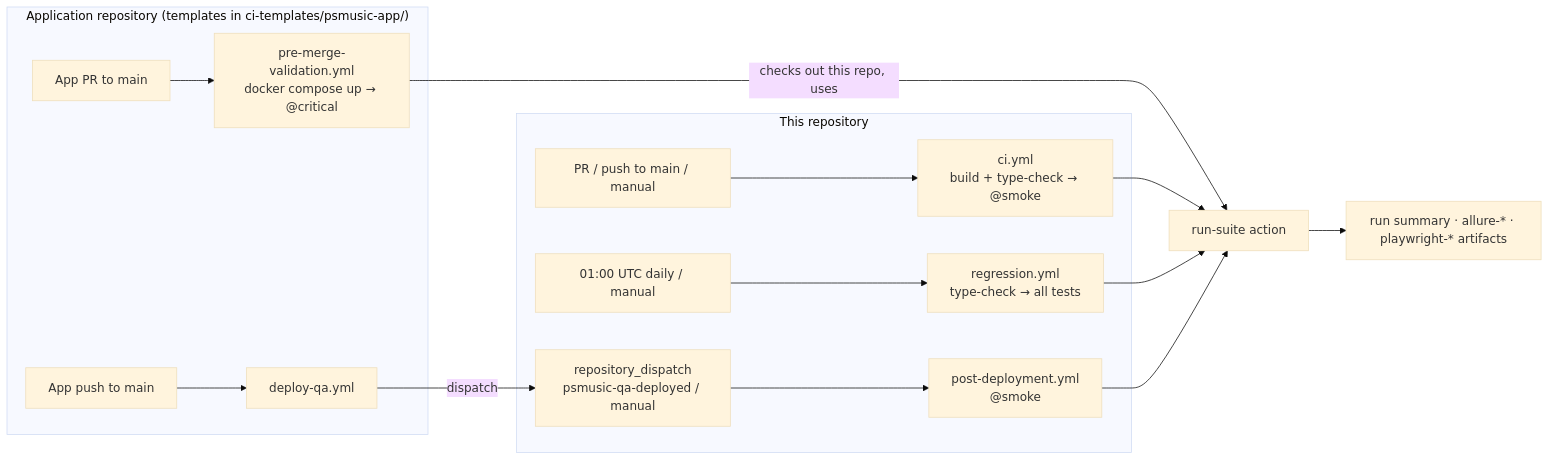
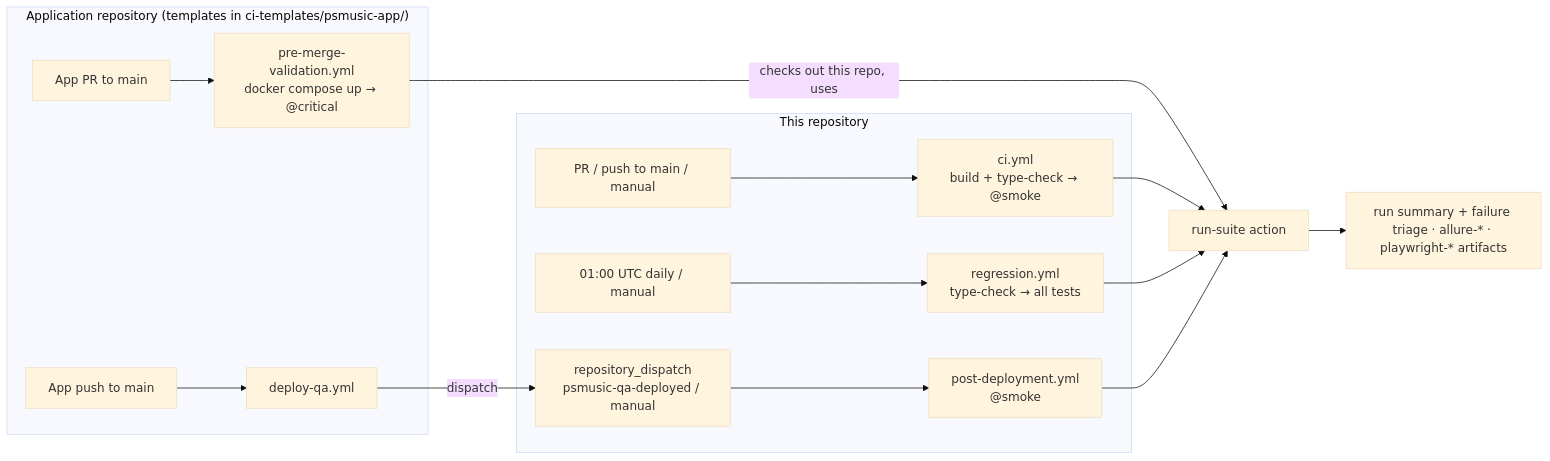
Before and after one commit to Xaoimiimii/psmusic-playwright-automation: the eighth of 10 diagrams in README.md, drawn with Mermaid (base theme). The commit also changed other lines of this file and 33 other files, not shown here.

Commit message:
Implement automation failure classification and safe bug triage

````diff
--- a/README.md
+++ b/README.md
@@ -407,18 +412,18 @@
 ```mermaid
 flowchart LR
     subgraph THIS["This repository"]
         PR["PR / push to main / manual"] --> CI["ci.yml<br/>build + type-check → @smoke"]
         NIGHT["01:00 UTC daily / manual"] --> REG["regression.yml<br/>type-check → all tests"]
         DISP["repository_dispatch<br/>psmusic-qa-deployed / manual"] --> POST["post-deployment.yml<br/>@smoke"]
     end
     subgraph APP["Application repository (templates in ci-templates/psmusic-app/)"]
         APR["App PR to main"] --> PRE["pre-merge-validation.yml<br/>docker compose up → @critical"]
         APUSH["App push to main"] --> DEP["deploy-qa.yml"]
     end
     DEP -->|dispatch| DISP
     PRE -->|checks out this repo, uses| RS["run-suite action"]
     CI --> RS
     REG --> RS
     POST --> RS
-    RS --> OUT["run summary · allure-* · playwright-* artifacts"]
+    RS --> OUT["run summary + failure triage · allure-* · playwright-* artifacts"]
 ```
````
